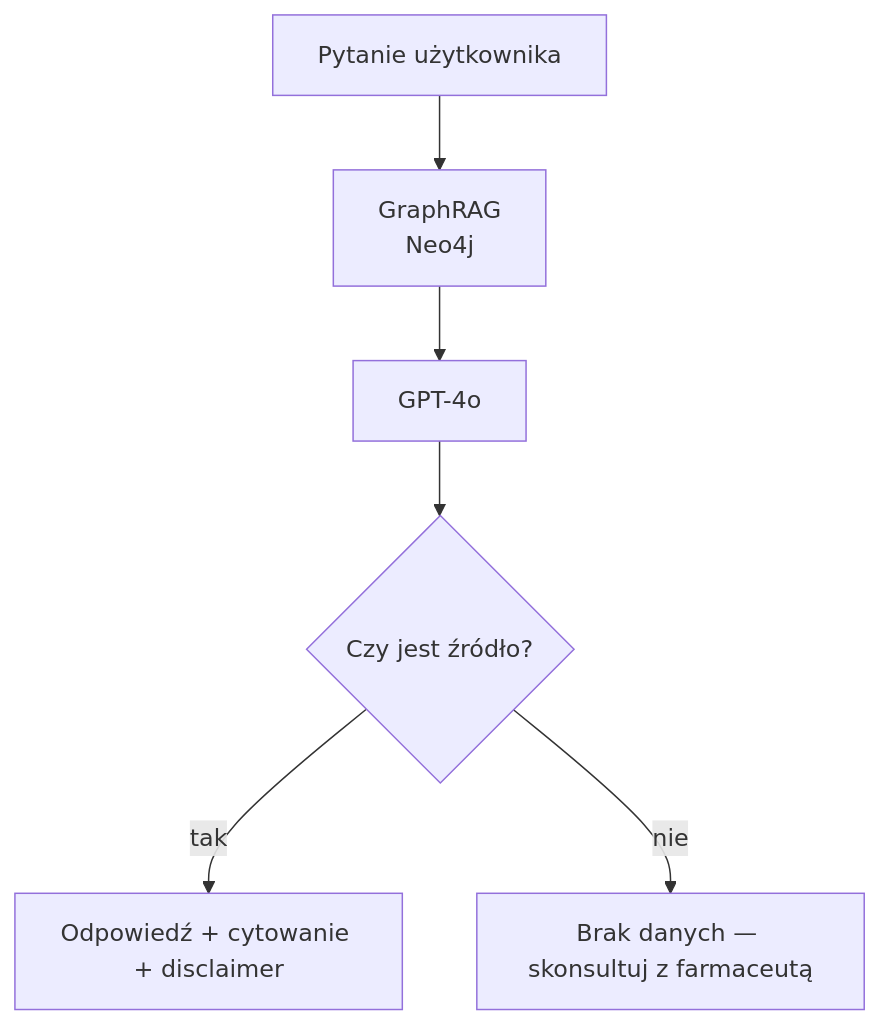
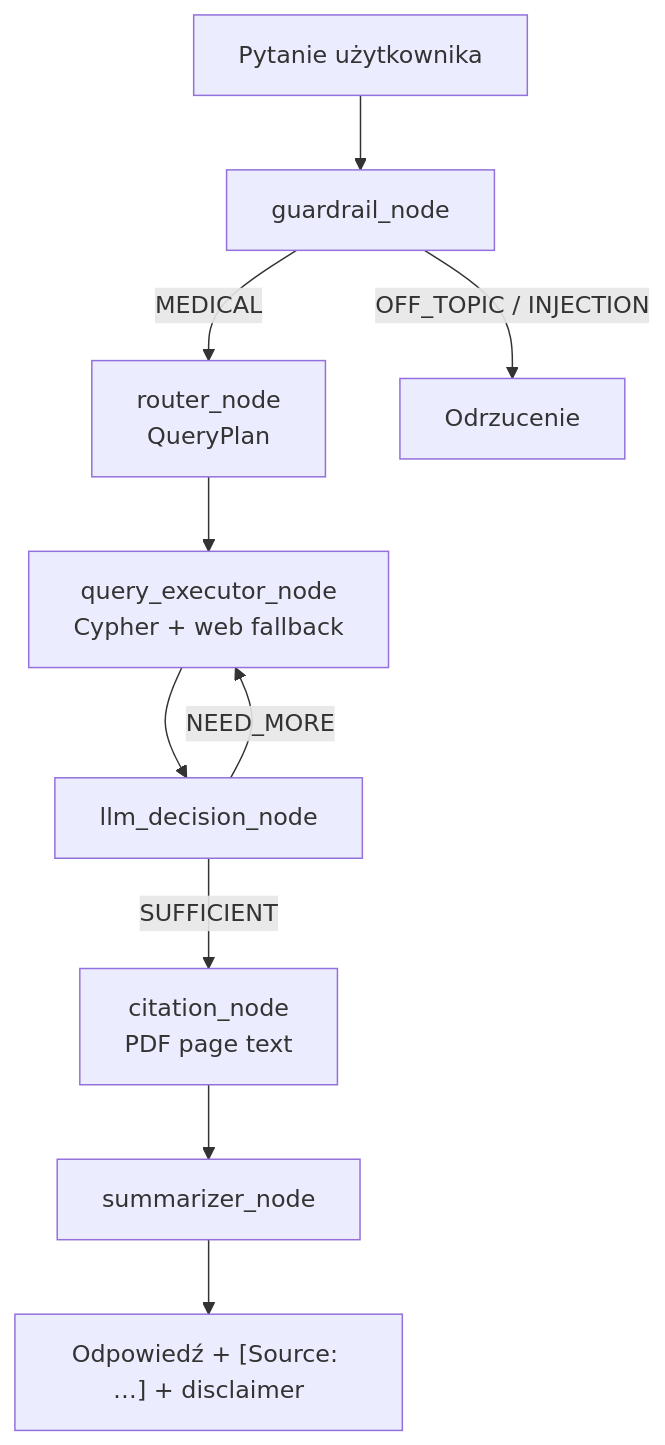
One commit to KrzysztofKroczynski/MedAi changed the fourth of 4 diagrams in PDD.md. Above: the diagram before and after it, drawn with Mermaid. The commit also changed other lines of this file and 13 other files, not shown here.

````diff
--- a/PDD.md
+++ b/PDD.md
@@ -96,8 +105,12 @@
 ```mermaid
 flowchart TD
-    Q["Pytanie użytkownika"] --> GR["GraphRAG\nNeo4j"]
-    GR --> LLM["GPT-4o"]
-    LLM --> SC{"Czy jest źródło?"}
-    SC -->|tak| OK["Odpowiedź + cytowanie + disclaimer"]
-    SC -->|nie| ND["Brak danych — skonsultuj z farmaceutą"]
+    Q["Pytanie użytkownika"] --> GU["guardrail_node"]
+    GU -->|MEDICAL| RO["router_node\nQueryPlan"]
+    GU -->|OFF_TOPIC / INJECTION| REJ["Odrzucenie"]
+    RO --> EX["query_executor_node\nCypher + web fallback"]
+    EX --> DE["llm_decision_node"]
+    DE -->|NEED_MORE| EX
+    DE -->|SUFFICIENT| CI["citation_node\nPDF page text"]
+    CI --> SU["summarizer_node"]
+    SU --> OK["Odpowiedź + [Source: …] + disclaimer"]
 ```
````
